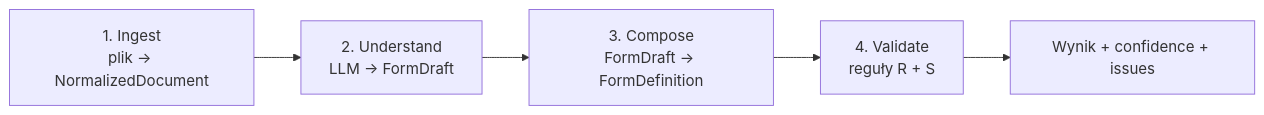
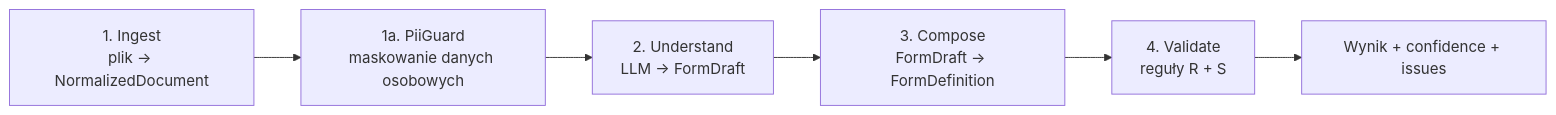
Before and after one commit to Drop-the-Base/hn-2026-coi-forms-2-json: the third of 3 diagrams in docs/architecture.md, drawn with Mermaid. The commit also changed other lines of this file and 7 other files, not shown here.

First line of the commit message:
Strażnik danych osobowych: maskowanie PII przed LLM (#175)

````diff
--- a/docs/architecture.md
+++ b/docs/architecture.md
@@ -86,7 +86,7 @@
 ```mermaid
 flowchart LR
-    A[1. Ingest<br/>plik → NormalizedDocument] --> B[2. Understand<br/>LLM → FormDraft]
+    A[1. Ingest<br/>plik → NormalizedDocument] --> P[1a. PiiGuard<br/>maskowanie danych osobowych] --> B[2. Understand<br/>LLM → FormDraft]
     B --> C[3. Compose<br/>FormDraft → FormDefinition]
     C --> D[4. Validate<br/>reguły R + S]
     D --> E[Wynik + confidence + issues]
 ```
````
